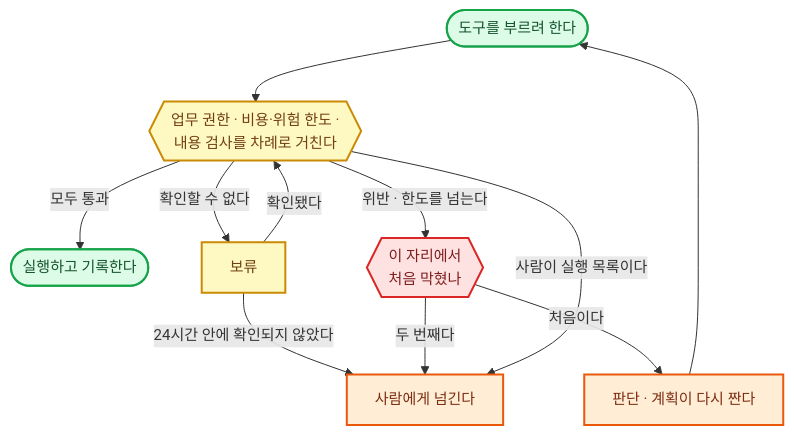
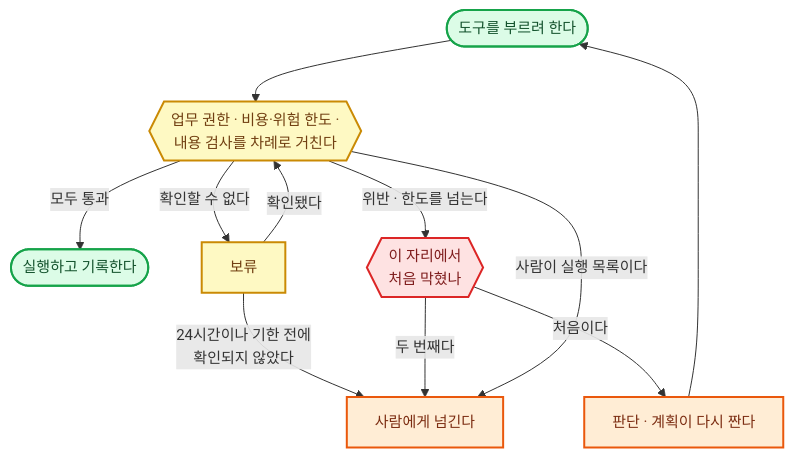
Before and after one commit to harisbaguette/expert: the third of 4 diagrams in docs/초안/규칙·권한.md, drawn with Mermaid. The commit also changed other lines of this file and 4 other files, not shown here.

````diff
--- a/docs/초안/규칙·권한.md
+++ b/docs/초안/규칙·권한.md
@@ -309,16 +309,16 @@
 ```mermaid
 %%{init: {"flowchart": {"wrappingWidth": 640, "curve": "basis", "nodeSpacing": 45, "rankSpacing": 55, "padding": 14, "useMaxWidth": true}, "themeVariables": {"fontSize": "15px"}} }%%
 flowchart TB
     CALL(["도구를 부르려 한다"]):::good --> G{{"업무 권한 · 비용·위험 한도 ·<br/>내용 검사를 차례로 거친다"}}:::note
     G -- "모두 통과" --> RUN(["실행하고 기록한다"]):::good
     G -- "확인할 수 없다" --> HOLD["보류"]:::note -- "확인됐다" --> G
-    HOLD -- "24시간 안에 확인되지 않았다" --> HUM
+    HOLD -- "24시간이나 기한 전에<br/>확인되지 않았다" --> HUM
     G -- "위반 · 한도를 넘는다" --> B{{"이 자리에서<br/>처음 막혔나"}}:::stop
     B -- "처음이다" --> RE["판단 · 계획이 다시 짠다"]:::back --> CALL
     B -- "두 번째다" --> HUM["사람에게 넘긴다"]:::back
     G -- "사람이 실행 목록이다" --> HUM
     classDef stop fill:#fee2e2,stroke:#dc2626,stroke-width:2px,color:#7f1d1d
     classDef back fill:#ffedd5,stroke:#ea580c,stroke-width:2px,color:#7c2d12
     classDef good fill:#dcfce7,stroke:#16a34a,stroke-width:2px,color:#14532d
     classDef note fill:#fef9c3,stroke:#ca8a04,stroke-width:2px,color:#713f12
 ```
````
